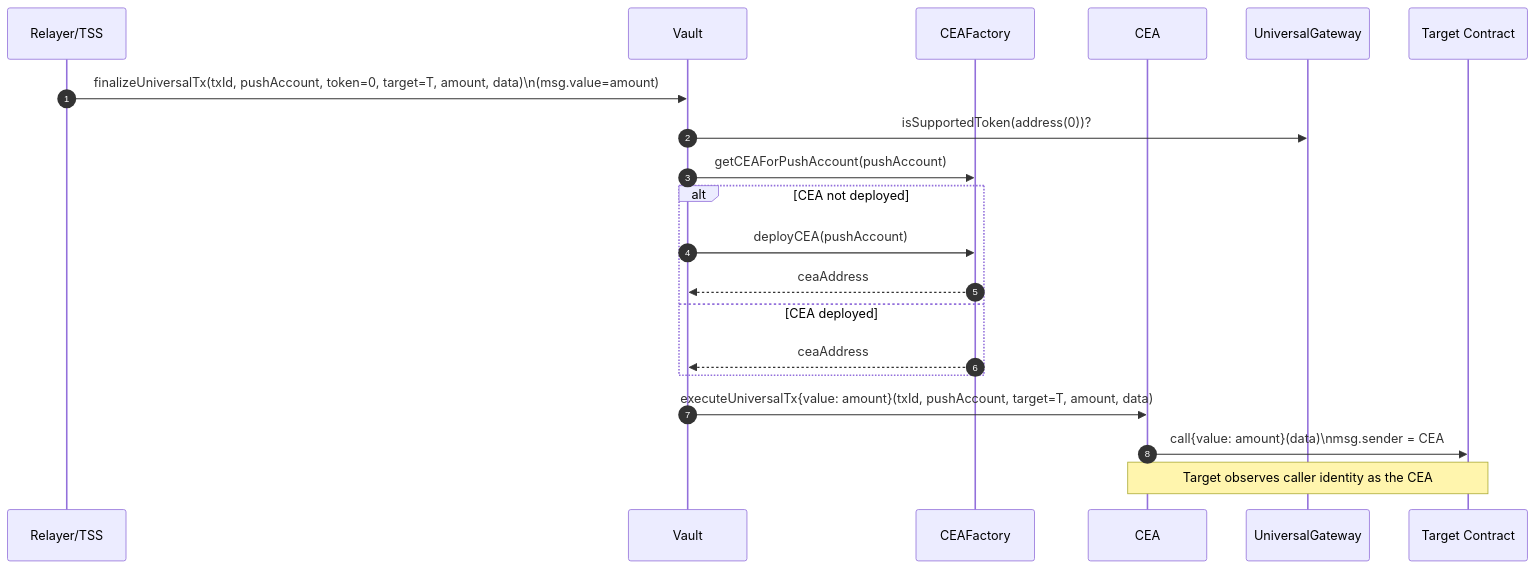
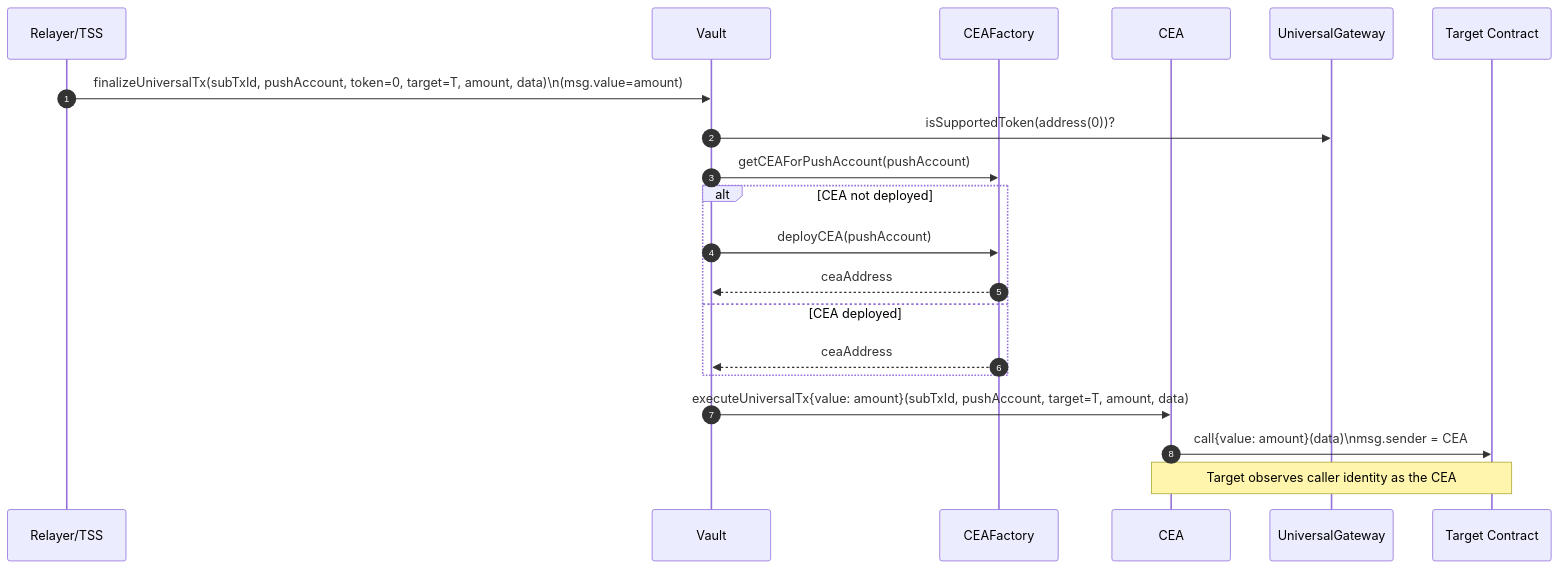
One commit to pushchain/push-chain-gateway-contracts changed the first of 6 diagrams in contracts/evm-gateway/docs/4_OutboundTx_Flows.md. Above: the diagram before and after it, drawn with Mermaid. The commit also changed other lines of this file and 20 other files, not shown here.

````diff
--- a/contracts/evm-gateway/docs/4_OutboundTx_Flows.md
+++ b/contracts/evm-gateway/docs/4_OutboundTx_Flows.md
@@ -36,23 +36,23 @@
 ```mermaid
 sequenceDiagram
     autonumber
     participant TSS as Relayer/TSS
     participant V as Vault
     participant F as CEAFactory
     participant C as CEA
     participant G as UniversalGateway
     participant T as Target Contract
 
-    TSS->>V: finalizeUniversalTx(txId, pushAccount, token=0, target=T, amount, data)\n(msg.value=amount)
+    TSS->>V: finalizeUniversalTx(subTxId, pushAccount, token=0, target=T, amount, data)\n(msg.value=amount)
     V->>G: isSupportedToken(address(0))?
     V->>F: getCEAForPushAccount(pushAccount)
     alt CEA not deployed
         V->>F: deployCEA(pushAccount)
         F-->>V: ceaAddress
     else CEA deployed
         F-->>V: ceaAddress
     end
-    V->>C: executeUniversalTx{value: amount}(txId, pushAccount, target=T, amount, data)
+    V->>C: executeUniversalTx{value: amount}(subTxId, pushAccount, target=T, amount, data)
     C->>T: call{value: amount}(data)\nmsg.sender = CEA
     Note over T,C: Target observes caller identity as the CEA
 ```
````
